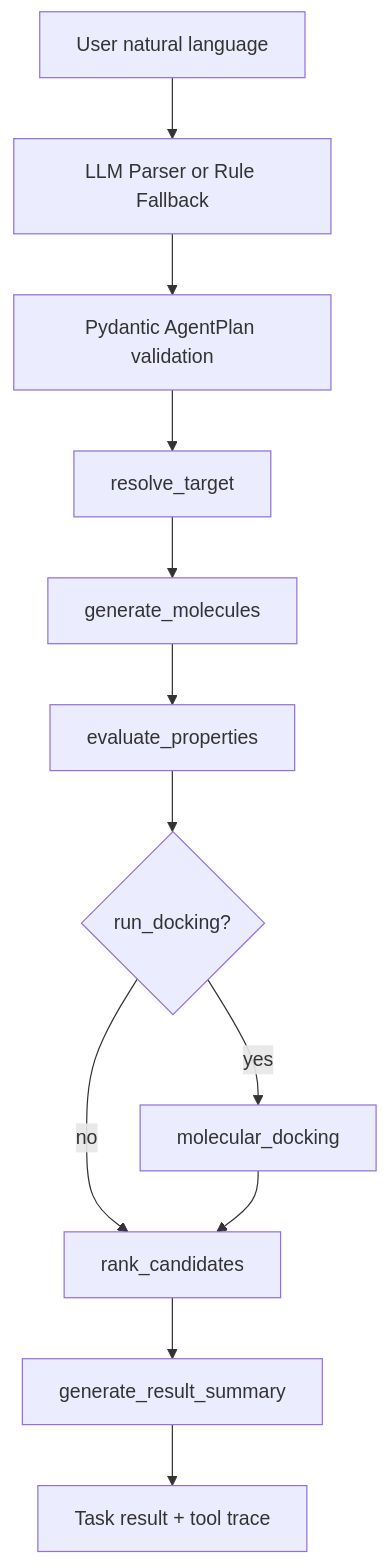
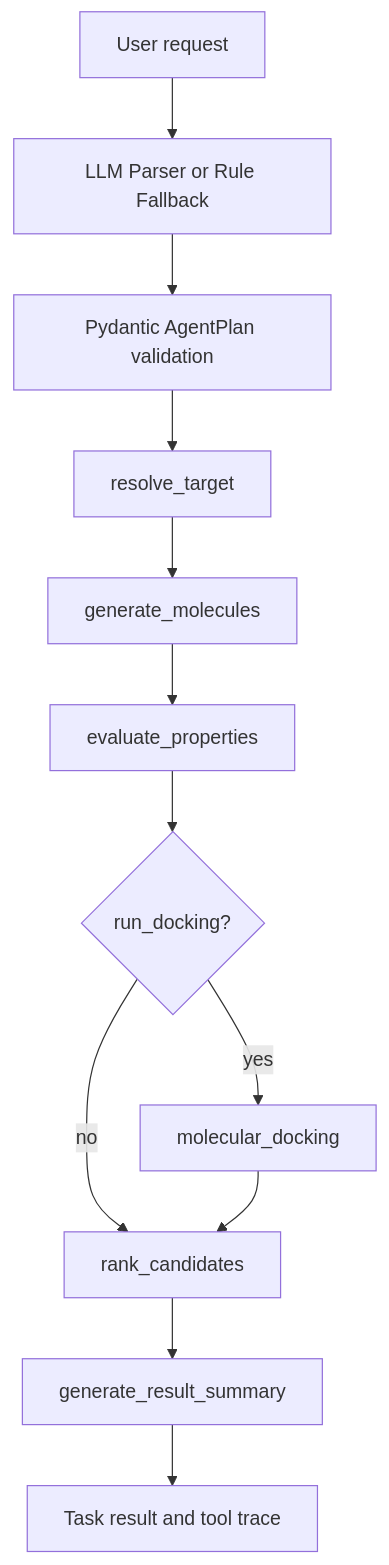
Before and after one commit to Augensternsy/ai-drug-design-agent: the second of 2 diagrams in README.md, drawn with Mermaid. The commit also changed other lines of this file and 5 other files, not shown here.

````diff
--- a/README.md
+++ b/README.md
@@ -58,14 +68,14 @@
 ```mermaid
 flowchart TD
-    P[User natural language] --> PARSE[LLM Parser or Rule Fallback]
+    INPUT[User request] --> PARSE[LLM Parser or Rule Fallback]
     PARSE --> VALIDATE[Pydantic AgentPlan validation]
     VALIDATE --> T1[resolve_target]
     T1 --> T2[generate_molecules]
     T2 --> T3[evaluate_properties]
     T3 --> D{run_docking?}
     D -->|yes| T4[molecular_docking]
     D -->|no| T5[rank_candidates]
     T4 --> T5
     T5 --> T6[generate_result_summary]
-    T6 --> RESULT[Task result + tool trace]
+    T6 --> RESULT[Task result and tool trace]
 ```
````
